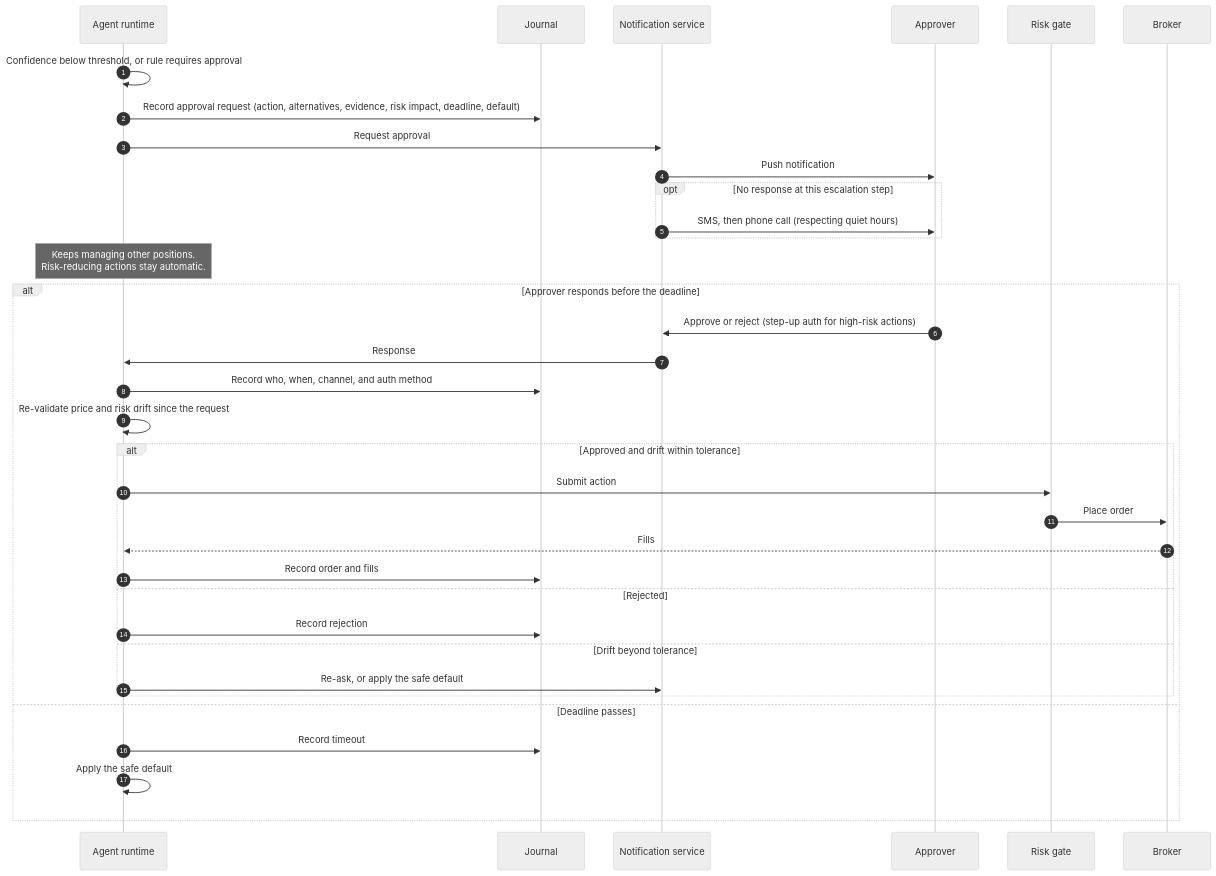
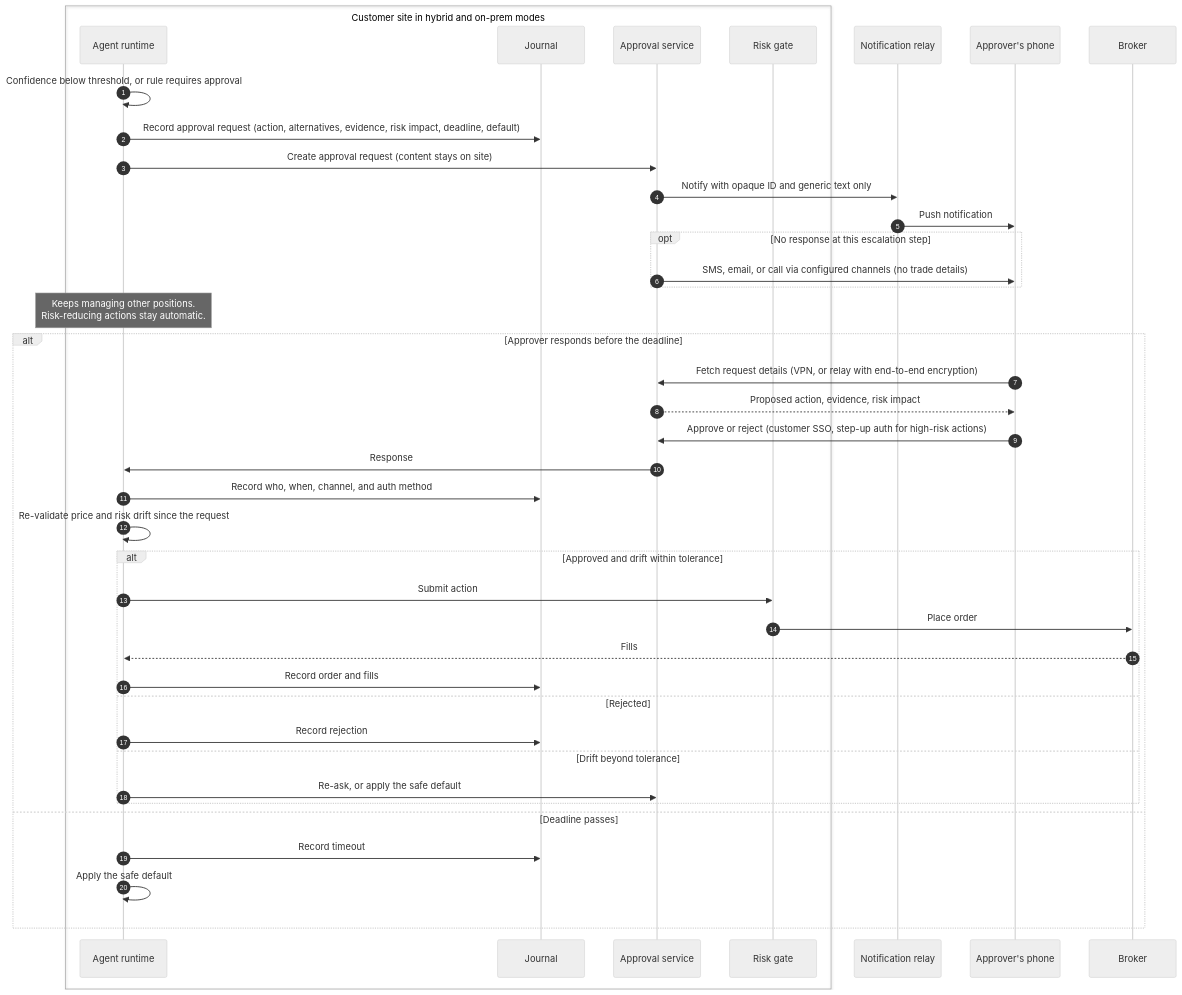
Before and after one commit to kunwarshivam/mandate: the ninth of 10 diagrams in docs/HLD.md, drawn with Mermaid (neutral theme). The commit also changed other lines of this file, not shown here.

Commit message:
HLD: thin global control plane, three deployment modes, private approval flow

````diff
--- a/docs/HLD.md
+++ b/docs/HLD.md
@@ -414,38 +485,44 @@
 ```mermaid
 sequenceDiagram
     autonumber
-    participant A as Agent runtime
-    participant J as Journal
-    participant N as Notification service
-    participant U as Approver
-    participant R as Risk gate
+    box Customer site in hybrid and on-prem modes
+        participant A as Agent runtime
+        participant J as Journal
+        participant S as Approval service
+        participant R as Risk gate
+    end
+    participant L as Notification relay
+    participant U as Approver's phone
     participant B as Broker
 
     A->>A: Confidence below threshold, or rule requires approval
     A->>J: Record approval request (action, alternatives, evidence, risk impact, deadline, default)
-    A->>N: Request approval
-    N->>U: Push notification
+    A->>S: Create approval request (content stays on site)
+    S->>L: Notify with opaque ID and generic text only
+    L->>U: Push notification
     opt No response at this escalation step
-        N->>U: SMS, then phone call (respecting quiet hours)
+        S->>U: SMS, email, or call via configured channels (no trade details)
     end
     Note over A: Keeps managing other positions.<br/>Risk-reducing actions stay automatic.
     alt Approver responds before the deadline
-        U->>N: Approve or reject (step-up auth for high-risk actions)
-        N->>A: Response
+        U->>S: Fetch request details (VPN, or relay with end-to-end encryption)
+        S-->>U: Proposed action, evidence, risk impact
+        U->>S: Approve or reject (customer SSO, step-up auth for high-risk actions)
+        S->>A: Response
         A->>J: Record who, when, channel, and auth method
         A->>A: Re-validate price and risk drift since the request
         alt Approved and drift within tolerance
             A->>R: Submit action
             R->>B: Place order
             B-->>A: Fills
             A->>J: Record order and fills
         else Rejected
             A->>J: Record rejection
         else Drift beyond tolerance
-            A->>N: Re-ask, or apply the safe default
+            A->>S: Re-ask, or apply the safe default
         end
     else Deadline passes
         A->>J: Record timeout
         A->>A: Apply the safe default
     end
 ```
````
